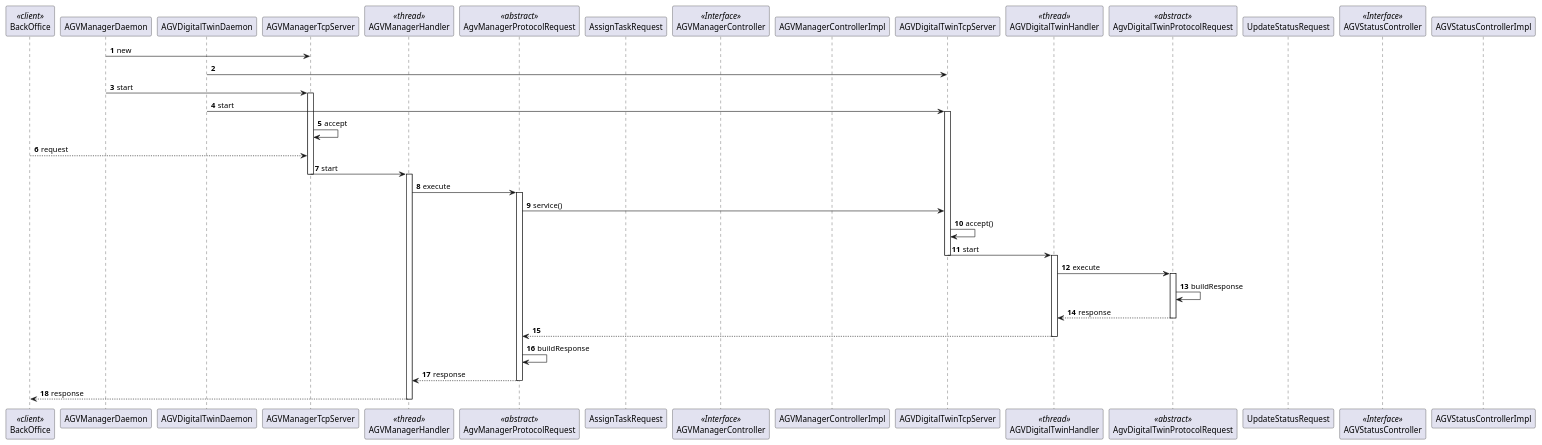
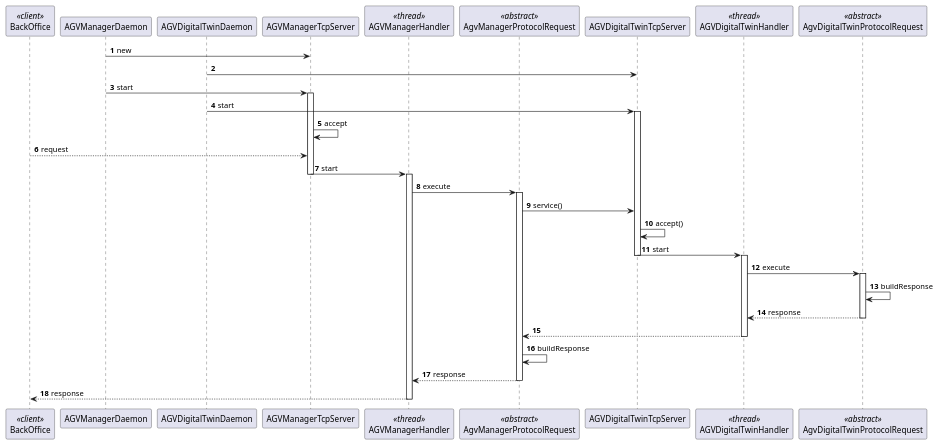
The diagram in Documentação/1201371/US4001/US4001_SD.puml (Pedromaia26/LAPR4-ISEP), drawn with PlantUML before and after one commit. The commit also changed 1 other file, not shown here.

Commit message:
#20 Updating the domumentation about the AGVManager server and the connection with the backoffice and the agv digital twin

```diff
--- a/Documentação/1201371/US4001/US4001_SD.puml
+++ b/Documentação/1201371/US4001/US4001_SD.puml
@@ -1,68 +1,62 @@
 @startuml
 participant "//<<client>>//\nBackOffice" as ui
 participant "AGVManagerDaemon" as omd
 participant "AGVDigitalTwinDaemon" as omd2
 participant "AGVManagerTcpServer" as omServer
 participant "//<<thread>>//\nAGVManagerHandler" as thread
 participant "//<<abstract>>//\nAgvManagerProtocolRequest" as request
-participant "AssignTaskRequest" as AbsImpl
-participant "//<<Interface>>//\nAGVManagerController" as cInterface
-participant "AGVManagerControllerImpl" as cImpls
 participant "AGVDigitalTwinTcpServer" as omServer2
 participant "//<<thread>>//\nAGVDigitalTwinHandler" as thread2
 participant "//<<abstract>>//\nAgvDigitalTwinProtocolRequest" as request2
-participant "UpdateStatusRequest" as AbsImpl2
-participant "//<<Interface>>//\nAGVStatusController" as cInterface2
-participant "AGVStatusControllerImpl" as cImpls2
 
 
 autonumber
 
 omd->omServer: new
 
 omd2->omServer2
 
 omd->omServer: start
 activate omServer
 
 omd2->omServer2:start
 activate omServer2
 
 omServer->omServer: accept
 
 ui-->omServer: request
 
 omServer->thread:start
 deactivate omServer
 activate thread
 
 thread -> request: execute
 activate request
 
 request->omServer2: service()
 
 omServer2->omServer2: accept()
 
 omServer2->thread2: start
 deactivate omServer2
 activate thread2
 thread2->request2: execute
 
 activate request2
 
 request2->request2: buildResponse
 
 request2-->thread2: response
 
 deactivate request2
 
 thread2 --> request
 deactivate thread2
 request->request: buildResponse
 
 request-->thread: response
 deactivate request
 thread -->ui: response
 deactivate thread
 
 @enduml
```
